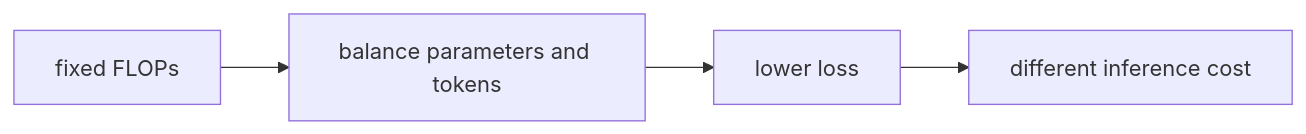
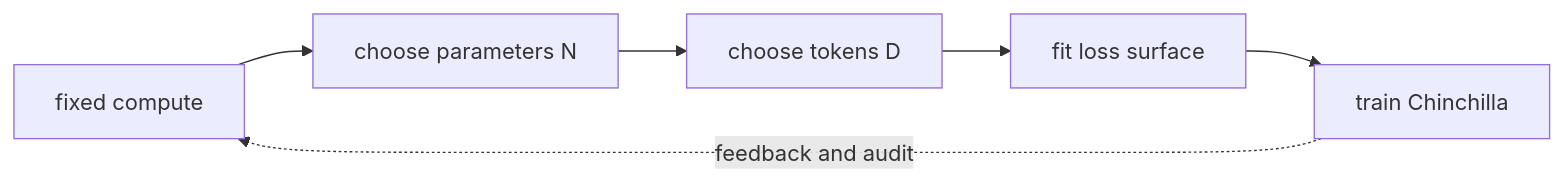
One commit to niyama-admin/learning-lab changed the first of 2 diagrams in llm-learning-repository/tutorials/01-foundations/05-chinchilla.md. Above: the diagram before and after it, drawn with Mermaid. The commit also changed other lines of this file and 24 other files, not shown here.

````diff
--- a/llm-learning-repository/tutorials/01-foundations/05-chinchilla.md
+++ b/llm-learning-repository/tutorials/01-foundations/05-chinchilla.md
@@ -9,6 +22,8 @@
 ```mermaid
 flowchart LR
-  A["fixed FLOPs"] --> B["balance parameters and tokens"]
-  B["balance parameters and tokens"] --> C["lower loss"]
-  C["lower loss"] --> D["different inference cost"]
+  A["fixed compute"] --> B["choose parameters N"]
+  B --> C["choose tokens D"]
+  C --> D["fit loss surface"]
+  D --> E["train Chinchilla"]
+  E -. feedback and audit .-> A
 ```
````
